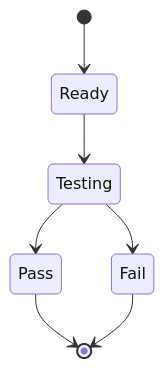
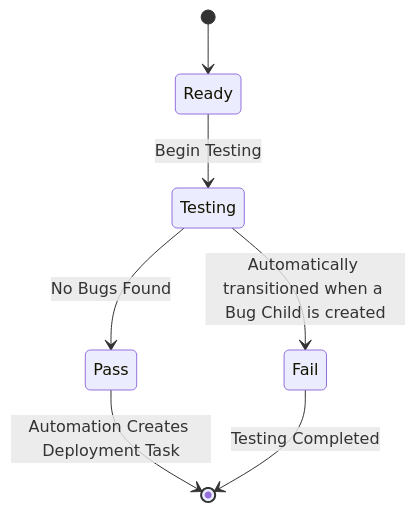
Before and after one commit to NyanHelsing/nyanhelsing.github.io: the second of 2 diagrams in workflow.md, drawn with Mermaid.

````diff
--- a/workflow.md
+++ b/workflow.md
@@ -59,9 +59,9 @@
 ```mermaid
 stateDiagram-v2
     [*] --> Ready
-    Ready --> Testing
-    Testing --> Pass
-    Testing --> Fail
-    Pass --> [*]
-    Fail --> [*] 
+    Ready --> Testing: Begin Testing
+    Testing --> Pass: No Bugs Found
+    Testing --> Fail: Automatically transitioned when a Bug Child is created
+    Pass --> [*]: Automation Creates Deployment Task
+    Fail --> [*]: Testing Completed
 ```
````
